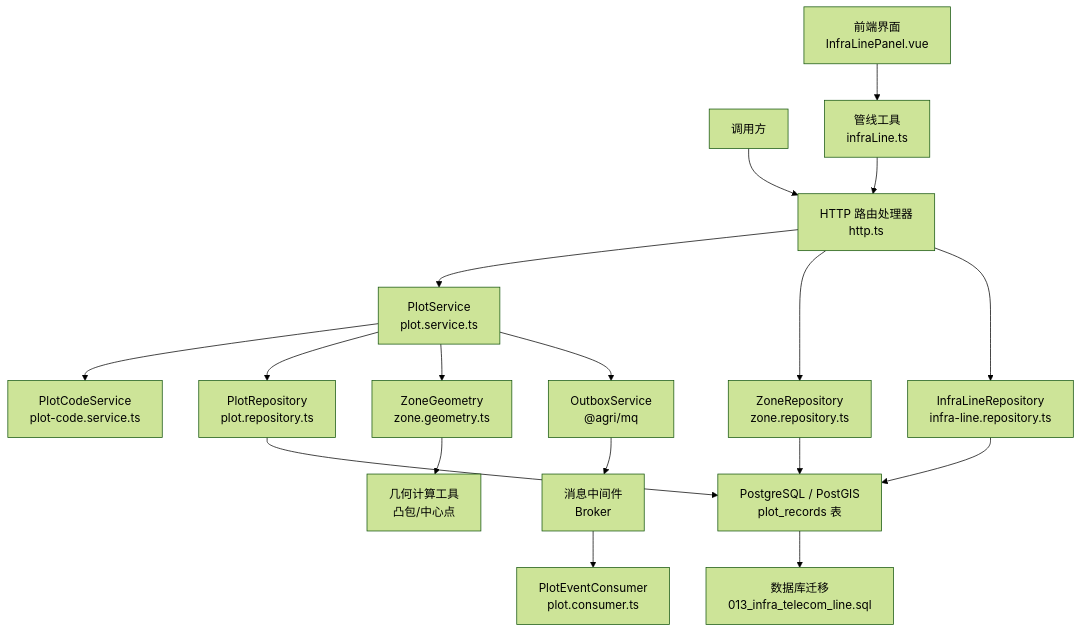
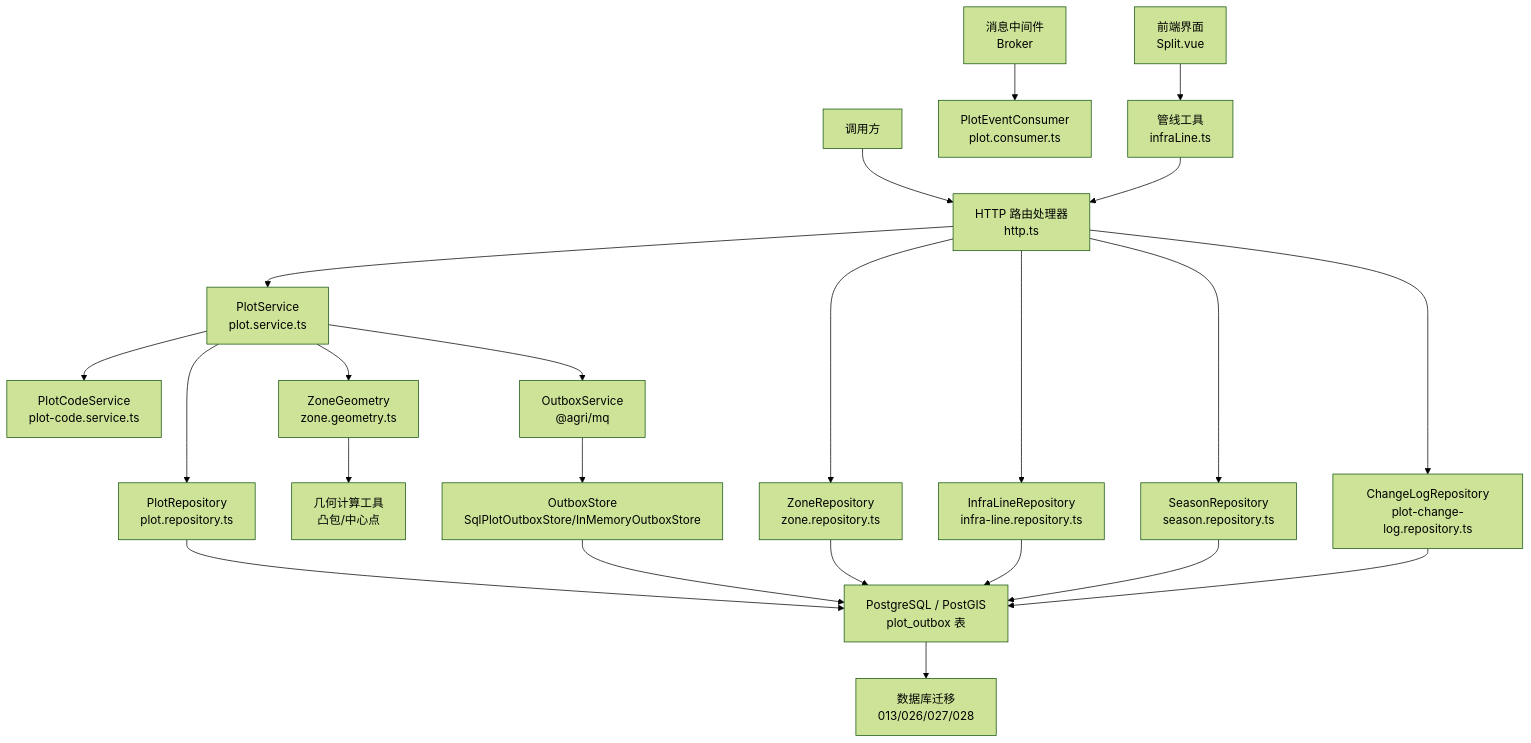
Before and after one commit to q446328246/agri-platform: the first of 14 diagrams in .qoder/repowiki/zh/content/核心服务文档/地块管理服务.md, drawn with Mermaid (forest theme). The commit also changed other lines of this file and 52 other files, not shown here.

````diff
--- a/.qoder/repowiki/zh/content/核心服务文档/地块管理服务.md
+++ b/.qoder/repowiki/zh/content/核心服务文档/地块管理服务.md
@@ -67,20 +85,25 @@
 ```mermaid
 graph TB
 Client["调用方"] --> HTTP["HTTP 路由处理器<br/>http.ts"]
 HTTP --> Service["PlotService<br/>plot.service.ts"]
 HTTP --> ZoneRepo["ZoneRepository<br/>zone.repository.ts"]
 HTTP --> InfraLineRepo["InfraLineRepository<br/>infra-line.repository.ts"]
+HTTP --> SeasonRepo["SeasonRepository<br/>season.repository.ts"]
+HTTP --> ChangeLogRepo["ChangeLogRepository<br/>plot-change-log.repository.ts"]
 Service --> Code["PlotCodeService<br/>plot-code.service.ts"]
 Service --> Repo["PlotRepository<br/>plot.repository.ts"]
 Service --> Geometry["ZoneGeometry<br/>zone.geometry.ts"]
 Service --> Outbox["OutboxService<br/>@agri/mq"]
-Outbox --> MQ["消息中间件<br/>Broker"]
-MQ --> Consumer["PlotEventConsumer<br/>plot.consumer.ts"]
-Repo --> DB["PostgreSQL / PostGIS<br/>plot_records 表"]
+Outbox --> OutboxStore["OutboxStore<br/>SqlPlotOutboxStore/InMemoryOutboxStore"]
+OutboxStore --> DB["PostgreSQL / PostGIS<br/>plot_outbox 表"]
+MQ["消息中间件<br/>Broker"] --> Consumer["PlotEventConsumer<br/>plot.consumer.ts"]
+Repo --> DB
 ZoneRepo --> DB
 InfraLineRepo --> DB
+SeasonRepo --> DB
+ChangeLogRepo --> DB
 Geometry --> Utils["几何计算工具<br/>凸包/中心点"]
-DB --> Migration["数据库迁移<br/>013_infra_telecom_line.sql"]
-Frontend["前端界面<br/>InfraLinePanel.vue"] --> WebUtils["管线工具<br/>infraLine.ts"]
+DB --> Migration["数据库迁移<br/>013/026/027/028"]
+Frontend["前端界面<br/>Split.vue"] --> WebUtils["管线工具<br/>infraLine.ts"]
 WebUtils --> HTTP
 ```
````
